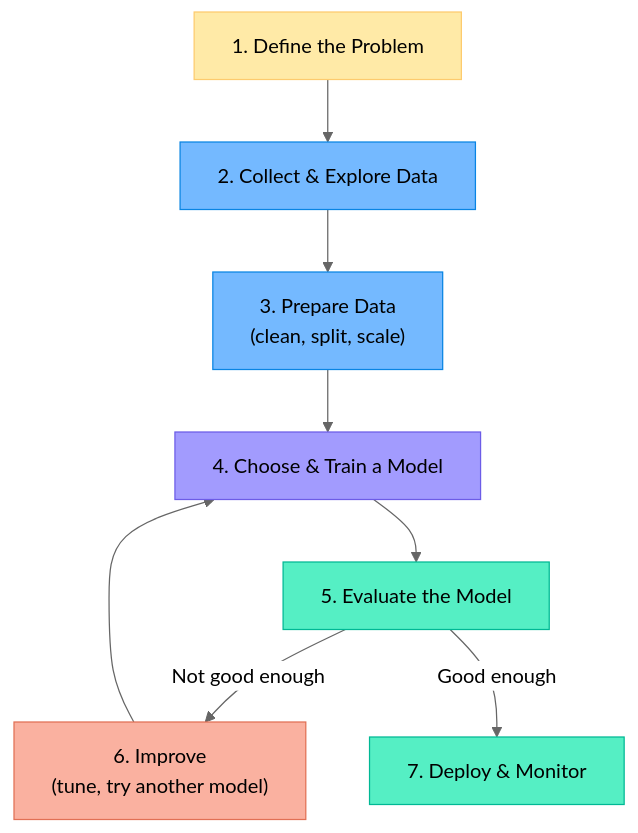
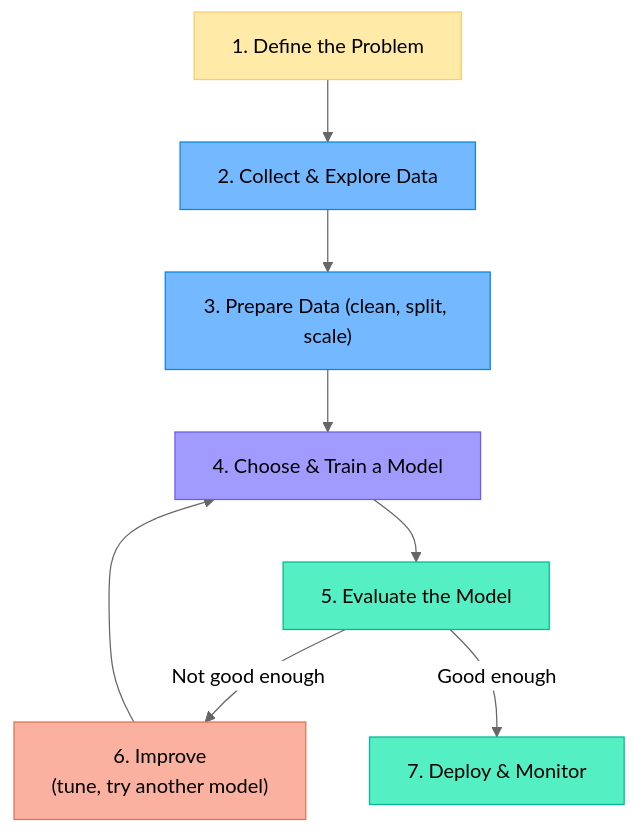
Before and after one commit to patricenivaggioli/machine-learning-bsc-course: the third of 5 diagrams in handhout/01-what-is-machine-learning.md, drawn with Mermaid (neutral theme). The commit also changed other lines of this file and 4 other files, not shown here.

````diff
--- a/handhout/01-what-is-machine-learning.md
+++ b/handhout/01-what-is-machine-learning.md
@@ -121,18 +121,18 @@
 ```mermaid
 flowchart TD
     A["1. Define the Problem"] --> B["2. Collect & Explore Data"]
-    B --> C["3. Prepare Data<br/>(clean, split, scale)"]
+    B --> C["3. Prepare Data (clean, split, scale)"]
     C --> D["4. Choose & Train a Model"]
     D --> E["5. Evaluate the Model"]
     E -->|"Not good enough"| F["6. Improve<br/>(tune, try another model)"]
     F --> D
     E -->|"Good enough"| G["7. Deploy & Monitor"]
 
-    style A fill:#ffeaa7,stroke:#fdcb6e,color:#000
-    style B fill:#74b9ff,stroke:#0984e3,color:#000
-    style C fill:#74b9ff,stroke:#0984e3,color:#000
-    style D fill:#a29bfe,stroke:#6c5ce7,color:#000
-    style E fill:#55efc4,stroke:#00b894,color:#000
-    style F fill:#fab1a0,stroke:#e17055,color:#000
-    style G fill:#55efc4,stroke:#00b894,color:#000
+    style A fill:#ffeaa7,stroke:#fdcb6e
+    style B fill:#74b9ff,stroke:#0984e3
+    style C fill:#74b9ff,stroke:#0984e3
+    style D fill:#a29bfe,stroke:#6c5ce7
+    style E fill:#55efc4,stroke:#00b894
+    style F fill:#fab1a0,stroke:#e17055
+    style G fill:#55efc4,stroke:#00b894
 ```
````
